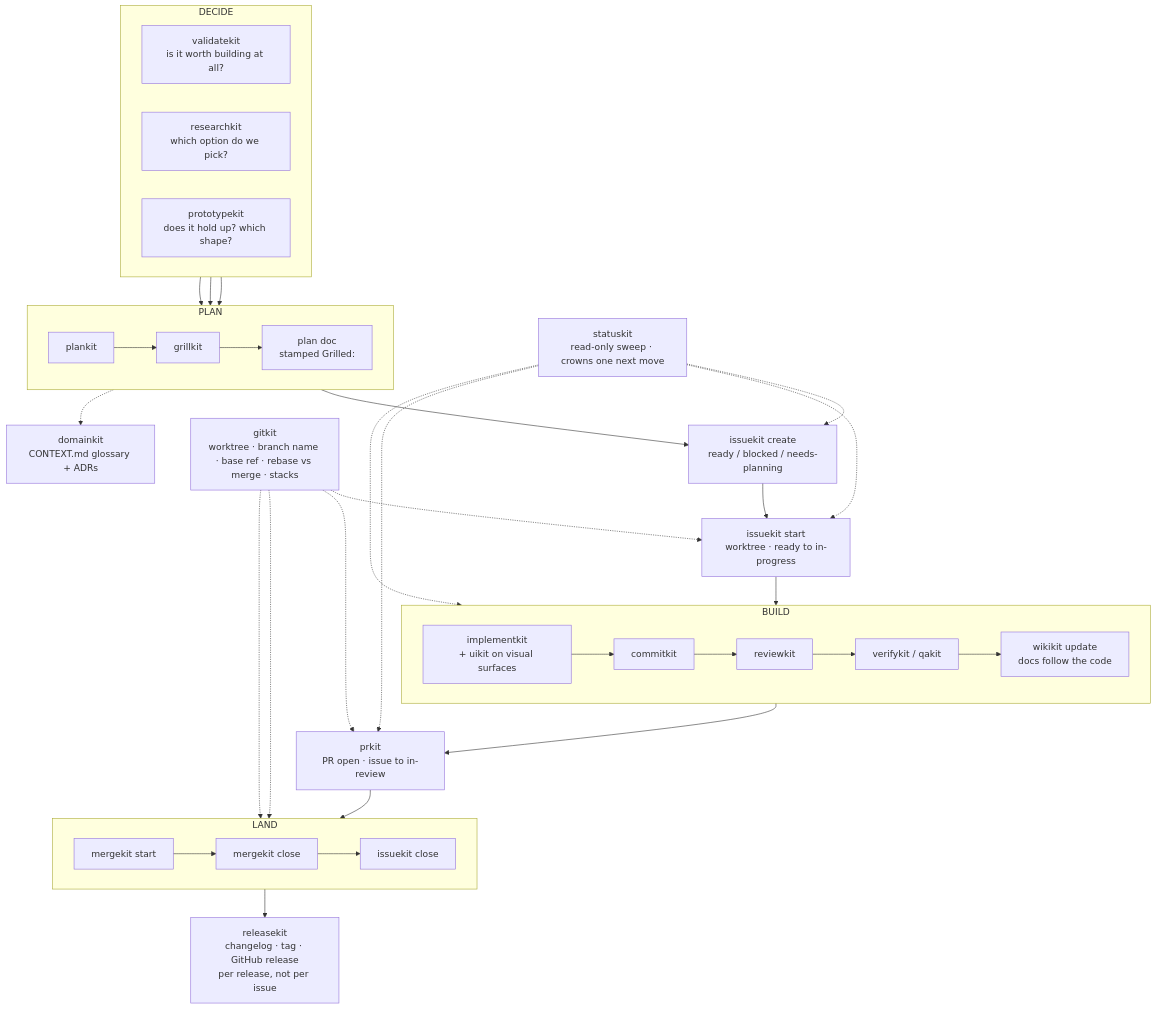
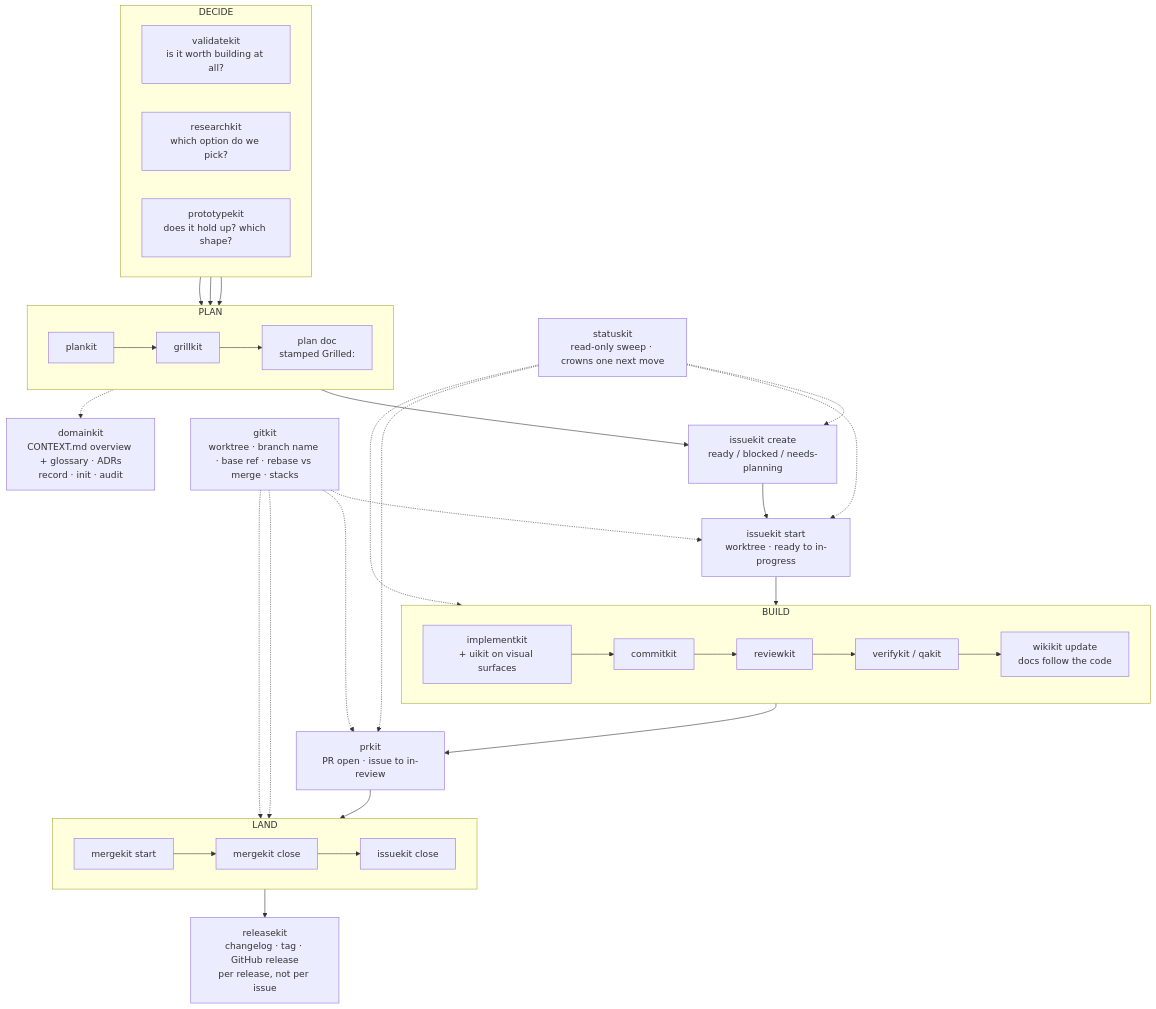
Before and after one commit to mimukit/skills: the diagram in docs/wiki/workflow.md, drawn with Mermaid. The commit also changed other lines of this file and 1 other file, not shown here.

First line of the commit message:
feat(statuskit): route CONTEXT.md drift to domainkit

````diff
--- a/docs/wiki/workflow.md
+++ b/docs/wiki/workflow.md
@@ -40,55 +40,55 @@
 ```mermaid
 flowchart TD
     ST["statuskit<br>read-only sweep · crowns one next move"]
 
     subgraph decide["DECIDE"]
         direction LR
         V["validatekit<br>is it worth building at all?"]
         R["researchkit<br>which option do we pick?"]
         PR["prototypekit<br>does it hold up? which shape?"]
     end
 
     subgraph plan["PLAN"]
         direction LR
         P["plankit"] --> G["grillkit"] --> PD["plan doc<br>stamped Grilled:"]
     end
 
     F["issuekit create<br>ready / blocked / needs-planning"]
     S["issuekit start<br>worktree · ready to in-progress"]
 
     subgraph build["BUILD"]
         direction LR
         I["implementkit<br>+ uikit on visual surfaces"] --> C["commitkit"] --> RV["reviewkit"] --> Q["verifykit / qakit"] --> W["wikikit update<br>docs follow the code"]
     end
 
     SH["prkit<br>PR open · issue to in-review"]
 
     subgraph land["LAND"]
         direction LR
         M1["mergekit start"] --> M2["mergekit close"] --> M3["issuekit close"]
     end
 
     RL["releasekit<br>changelog · tag · GitHub release<br>per release, not per issue"]
 
     GK["gitkit<br>worktree · branch name · base ref · rebase vs merge · stacks"]
-    DK["domainkit<br>CONTEXT.md glossary + ADRs"]
+    DK["domainkit<br>CONTEXT.md overview + glossary · ADRs<br>record · init · audit"]
 
     V --> P
     R --> P
     PR --> P
     PD --> F --> S --> I
     W --> SH --> M1
     M3 --> RL
 
     ST -.-> F
     ST -.-> S
     ST -.-> I
     ST -.-> SH
 
     GK -.-> S
     GK -.-> SH
     GK -.-> M1
     GK -.-> M3
 
     G -.-> DK
 ```
````
